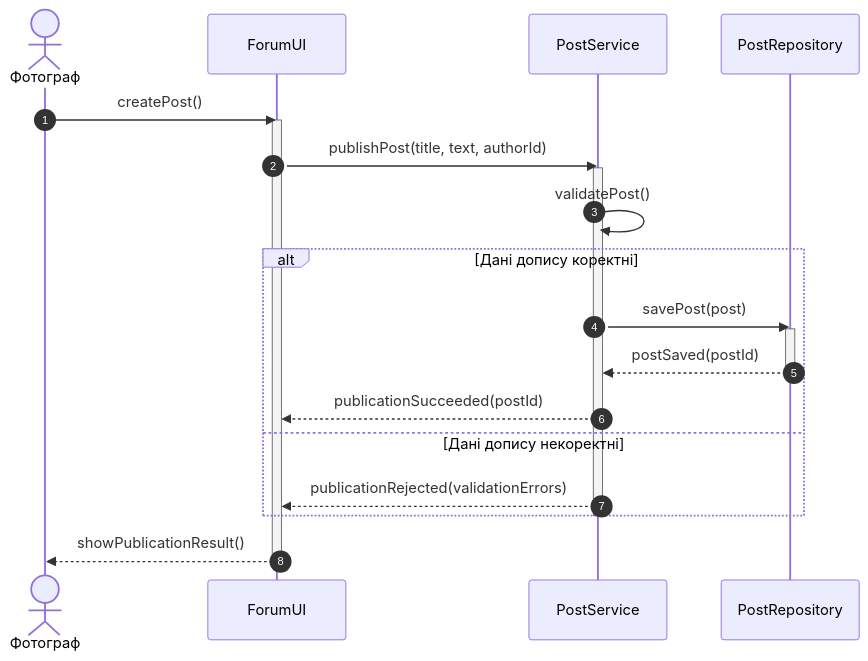
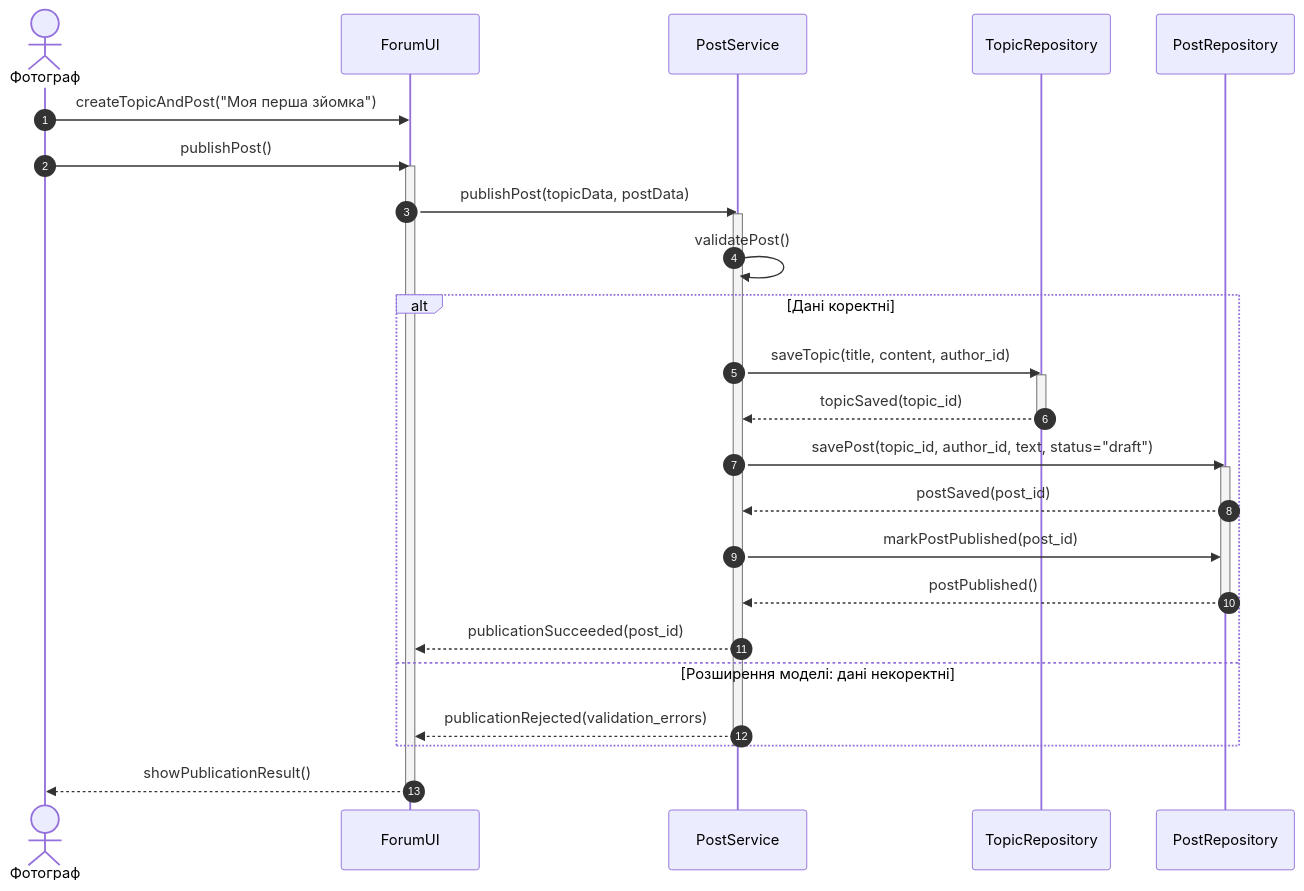
The diagram in sequence diagram/UC-01-publish-post-without-photos.md (Strol20/kpi2_labs), drawn with Mermaid before and after one commit. The commit also changed 10 other files, not shown here.

````diff
--- a/sequence diagram/UC-01-publish-post-without-photos.md
+++ b/sequence diagram/UC-01-publish-post-without-photos.md
@@ -2,26 +2,34 @@
 ```mermaid
 sequenceDiagram
     autonumber
     actor Photographer as Фотограф
     participant UI as ForumUI
     participant PostService as PostService
+    participant TopicRepository as TopicRepository
     participant PostRepository as PostRepository
 
-    Photographer->>UI: createPost()
+    Photographer->>UI: createTopicAndPost("Моя перша зйомка")
+    Photographer->>UI: publishPost()
     activate UI
-    UI->>PostService: publishPost(title, text, authorId)
+    UI->>PostService: publishPost(topicData, postData)
     activate PostService
     PostService->>PostService: validatePost()
-    alt Дані допису коректні
-        PostService->>PostRepository: savePost(post)
+    alt Дані коректні
+        PostService->>TopicRepository: saveTopic(title, content, author_id)
+        activate TopicRepository
+        TopicRepository-->>PostService: topicSaved(topic_id)
+        deactivate TopicRepository
+        PostService->>PostRepository: savePost(topic_id, author_id, text, status="draft")
         activate PostRepository
-        PostRepository-->>PostService: postSaved(postId)
+        PostRepository-->>PostService: postSaved(post_id)
+        PostService->>PostRepository: markPostPublished(post_id)
+        PostRepository-->>PostService: postPublished()
         deactivate PostRepository
-        PostService-->>UI: publicationSucceeded(postId)
-    else Дані допису некоректні
-        PostService-->>UI: publicationRejected(validationErrors)
+        PostService-->>UI: publicationSucceeded(post_id)
+    else Розширення моделі: дані некоректні
+        PostService-->>UI: publicationRejected(validation_errors)
     end
     deactivate PostService
     UI-->>Photographer: showPublicationResult()
     deactivate UI
 ```
````
